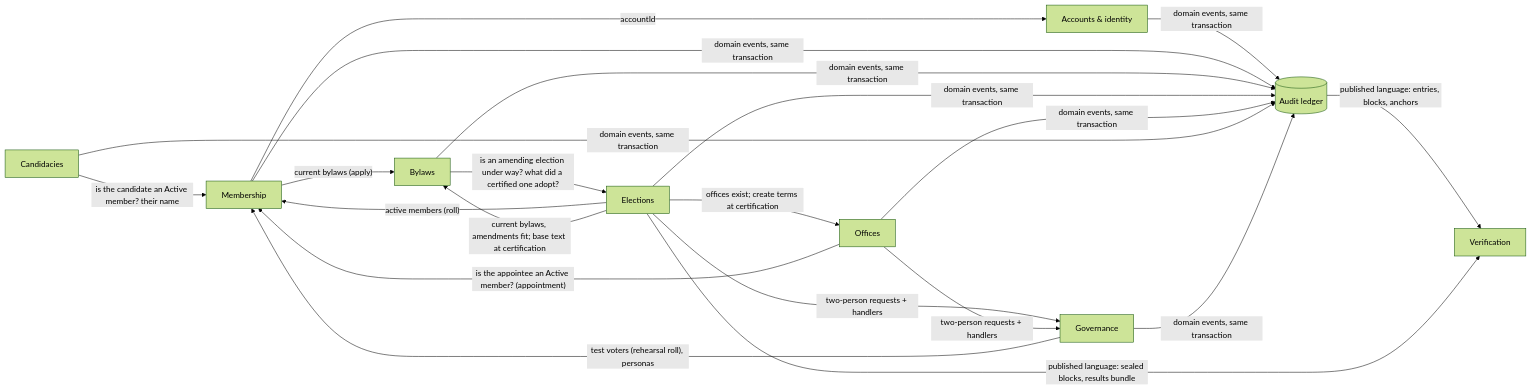
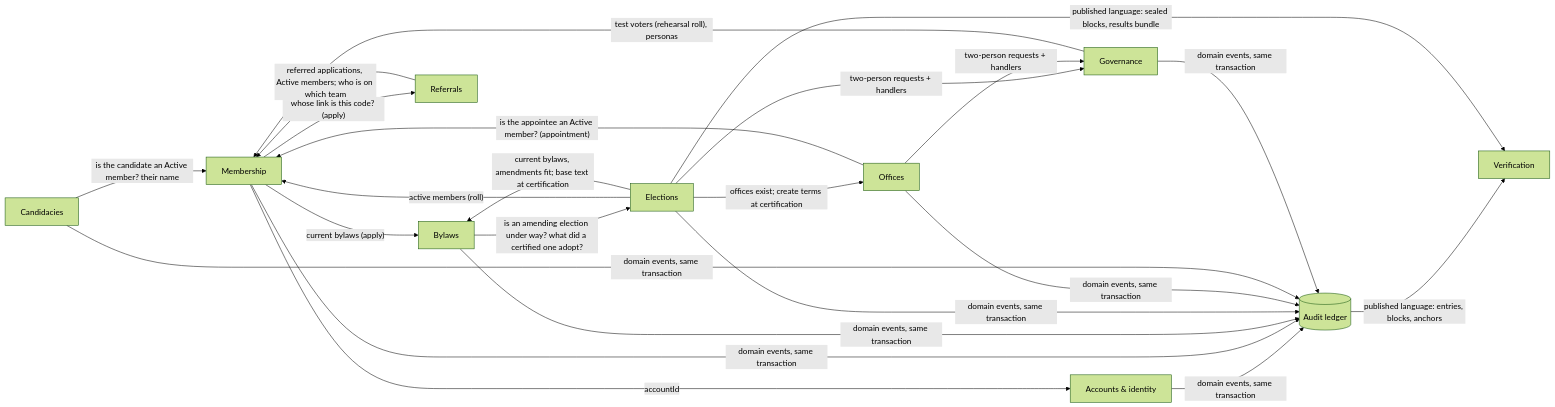
Before and after one commit to ggrow3/USTPVote2: the diagram in docs/DOMAIN-MODEL.md, drawn with Mermaid (forest theme). The commit also changed other lines of this file and 75 other files, not shown here.

````diff
--- a/docs/DOMAIN-MODEL.md
+++ b/docs/DOMAIN-MODEL.md
@@ -63,25 +64,28 @@
 ```mermaid
 flowchart LR
   ACC[Accounts & identity]
   MEM[Membership]
   BYL[Bylaws]
   ELE[Elections]
   OFF[Offices]
   CAN[Candidacies]
   GOV[Governance]
   LED[(Audit ledger)]
   VER[Verification]
   MEM -- accountId --> ACC
   MEM -- "current bylaws (apply)" --> BYL
   ELE -- "active members (roll)" --> MEM
   ELE -- "current bylaws, amendments fit; base text at certification" --> BYL
   BYL -- "is an amending election under way? what did a certified one adopt?" --> ELE
   ELE -- "offices exist; create terms at certification" --> OFF
   OFF -- "is the appointee an Active member? (appointment)" --> MEM
   CAN -- "is the candidate an Active member? their name" --> MEM
+  REF[Referrals]
+  MEM -- "whose link is this code? (apply)" --> REF
+  REF -- "referred applications, Active members; who is on which team" --> MEM
   ELE & OFF -- "two-person requests + handlers" --> GOV
   GOV -- "test voters (rehearsal roll), personas" --> MEM
   ACC & MEM & BYL & ELE & OFF & CAN & GOV -- "domain events, same transaction" --> LED
   LED -- "published language: entries, blocks, anchors" --> VER
   ELE -- "published language: sealed blocks, results bundle" --> VER
 ```
````
